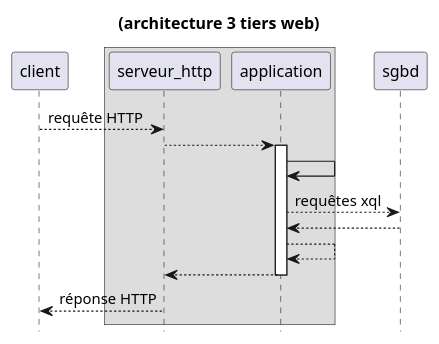
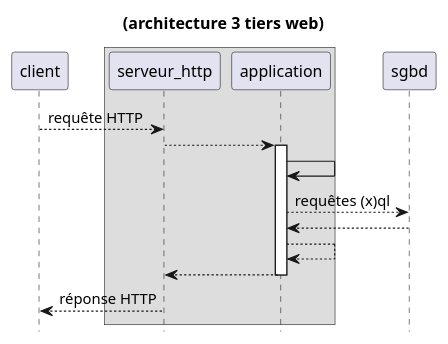
The diagram in src/docs/asciidoc/_symfony-chap01-installation-test.adoc (ldv-melun/symfony), drawn with PlantUML before and after one commit. The commit also changed other lines of this file and 7 other files, not shown here.

```diff
--- a/src/docs/asciidoc/_symfony-chap01-installation-test.adoc
+++ b/src/docs/asciidoc/_symfony-chap01-installation-test.adoc
@@ -17,26 +17,26 @@
 [plantuml]
 ----
 skinparam {
 shadowing false
 monochrome false
 }
 hide footbox
 title (architecture 3 tiers web)
 
 client --> serveur_http : requête HTTP
 box
 	participant serveur_http
 	participant application
 end box
 
 serveur_http  --> application
 activate application
 application->application
-application --> sgbd : requêtes xql
+application --> sgbd : requêtes (x)ql
 application <-- sgbd
 application --> application
 application --> serveur_http
 deactivate application
 serveur_http  --> client : réponse HTTP
 
 ----
```
